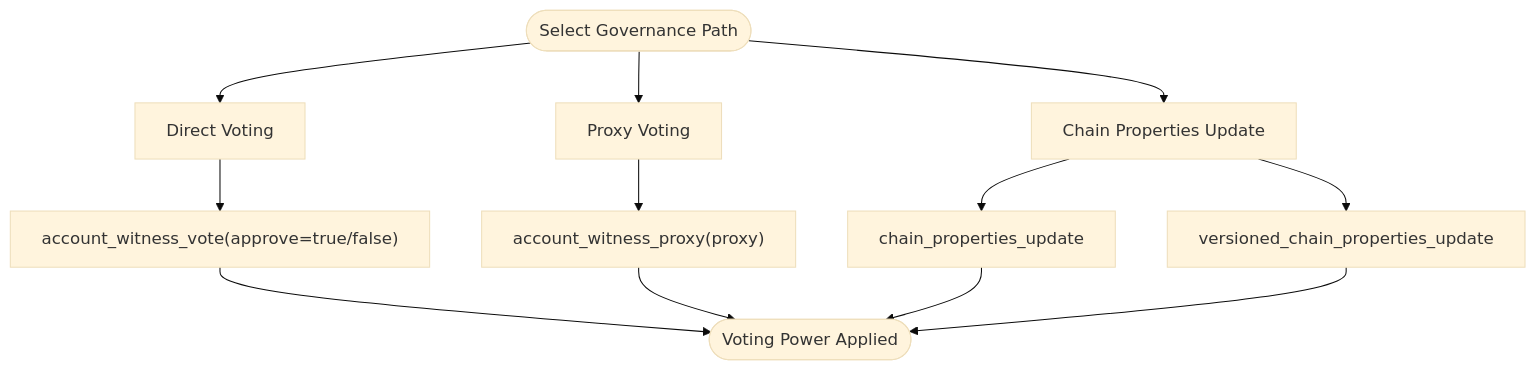
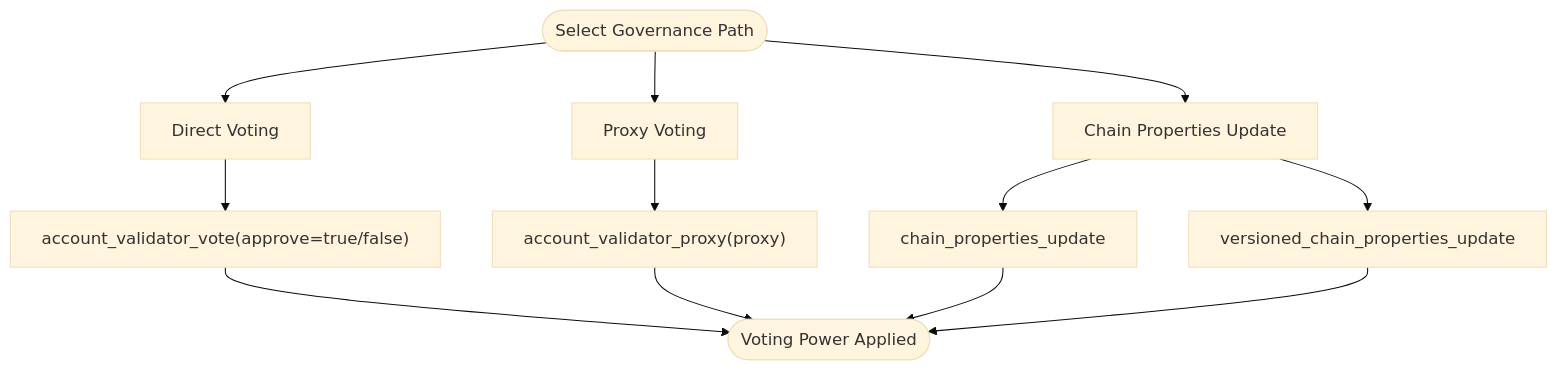
One commit to VIZ-Blockchain/viz-php-lib changed the eighth of 9 diagrams in .qoder/repowiki/en/content/Transaction Management/Operation Types/Governance Operations.md. Above: the diagram before and after it, drawn with Mermaid (base theme). The commit also changed other lines of this file and 8 other files, not shown here.

````diff
--- a/.qoder/repowiki/en/content/Transaction Management/Operation Types/Governance Operations.md
+++ b/.qoder/repowiki/en/content/Transaction Management/Operation Types/Governance Operations.md
@@ -257,14 +261,14 @@
 ```mermaid
 flowchart TD
 Start(["Select Governance Path"]) --> Direct["Direct Voting"]
 Start --> Proxy["Proxy Voting"]
 Start --> ChainProps["Chain Properties Update"]
-Direct --> Vote["account_witness_vote(approve=true/false)"]
-Proxy --> SetProxy["account_witness_proxy(proxy)"]
+Direct --> Vote["account_validator_vote(approve=true/false)"]
+Proxy --> SetProxy["account_validator_proxy(proxy)"]
 ChainProps --> Regular["chain_properties_update"]
 ChainProps --> Versioned["versioned_chain_properties_update"]
 Vote --> End(["Voting Power Applied"])
 SetProxy --> End
 Regular --> End
 Versioned --> End
 ```
````
